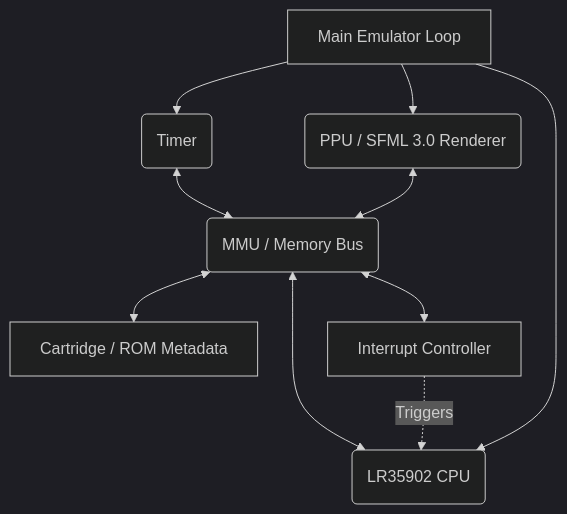
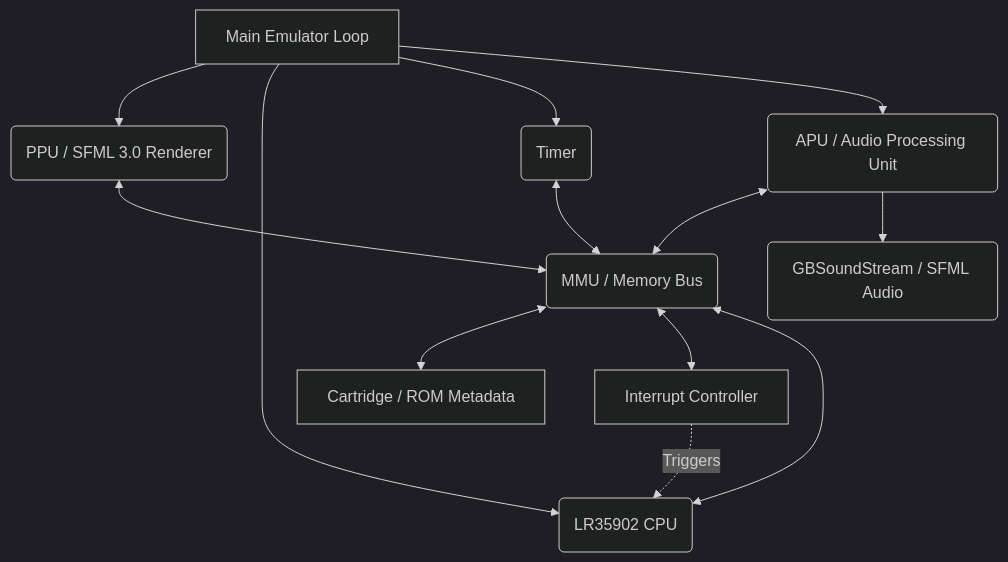
One commit to SwarritSrivastava/GB_Emulator_forkv2 changed the first of 2 diagrams in README.md. Above: the diagram before and after it, drawn with Mermaid (dark theme). The commit also changed other lines of this file, not shown here.

Commit message:
docs: update system architecture and document APU/Mixer features

````diff
--- a/README.md
+++ b/README.md
@@ -11,12 +11,15 @@
 ```mermaid
 graph TD
     A[Main Emulator Loop] --> B(PPU / SFML 3.0 Renderer)
     A --> C(LR35902 CPU)
     A --> D(Timer)
+    A --> H(APU / Audio Processing Unit)
     C <--> E(MMU / Memory Bus)
     B <--> E
     D <--> E
+    H <--> E
     E <--> F[Cartridge / ROM Metadata]
     E <--> G[Interrupt Controller]
     G -.->|Triggers| C
+    H --> I(GBSoundStream / SFML Audio)
 ```
````
